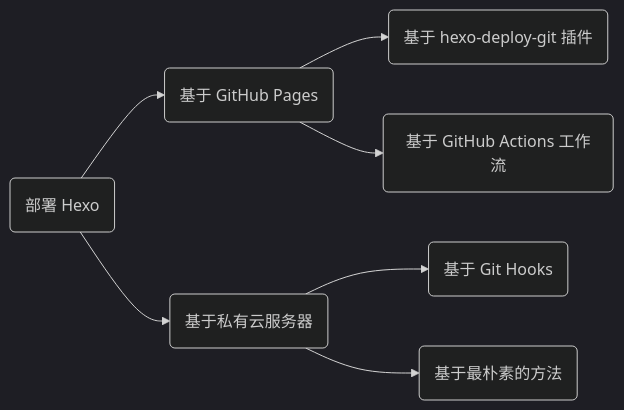
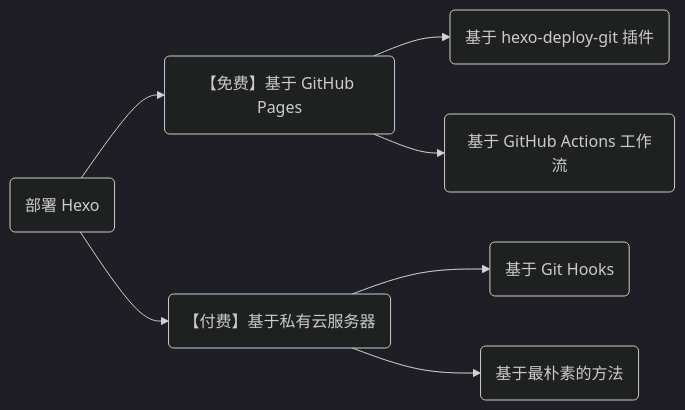
One commit to Explorer-Dong/wiki changed the diagram in docs/develop/tools/hexo.md. Above: the diagram before and after it, drawn with Mermaid (dark theme). The commit also changed other lines of this file and 1 other file, not shown here.

Commit message:
docs(develop): update hexo & github pages

````diff
--- a/docs/develop/tools/hexo.md
+++ b/docs/develop/tools/hexo.md
@@ -60,16 +59,16 @@
 ```mermaid
 graph LR
   A(部署 Hexo)
-  S1(基于 GitHub Pages)
-  S2(基于私有云服务器)
+  S1(【免费】基于 GitHub Pages)
+  S2(【付费】基于私有云服务器)
   m1(基于 hexo-deploy-git 插件)
   m2(基于 GitHub Actions 工作流)
   m3(基于 Git Hooks)
   m4(基于最朴素的方法)
   A --> S1
   A --> S2
   S1 --> m1
   S1 --> m2
   S2 --> m3
   S2 --> m4
 ```
````
